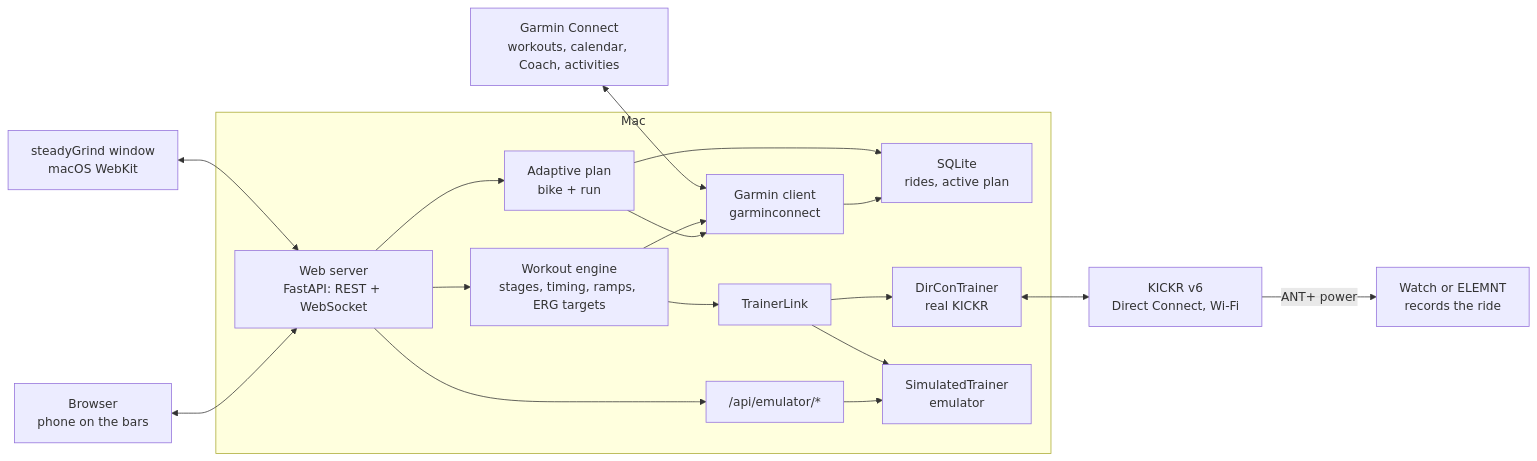
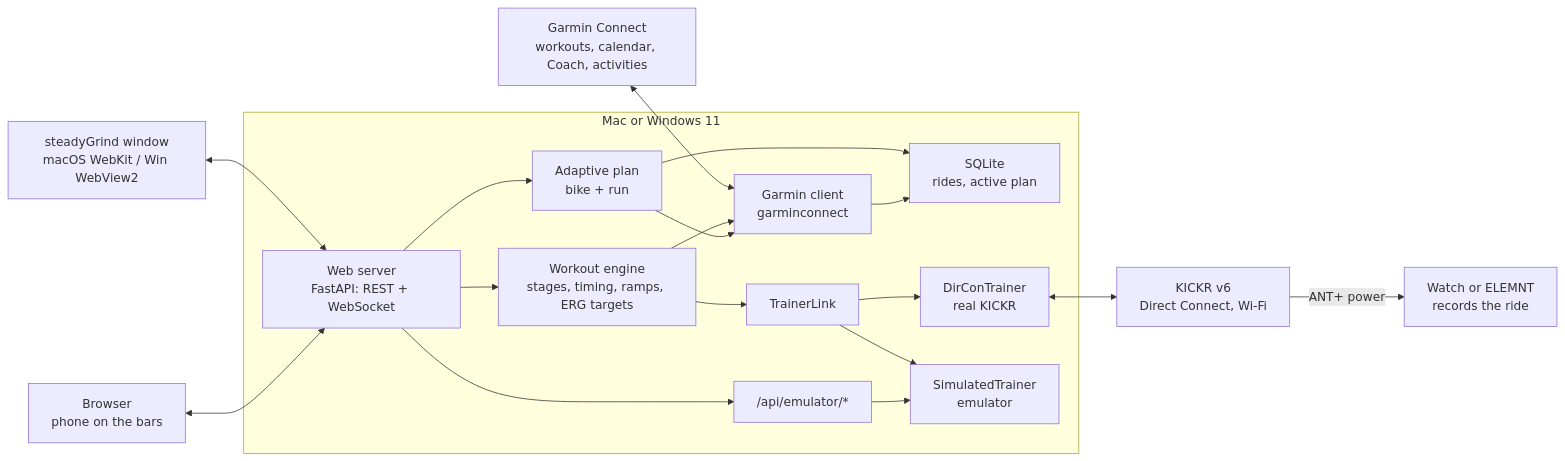
One commit to attilameget/HomeWlanTrainer changed the first of 2 diagrams in specification/SPEC.md. Above: the diagram before and after it, drawn with Mermaid. The commit also changed other lines of this file and 31 other files, not shown here.

First line of the commit message:
Add Windows 11 tray agent, WebView2 UI, and portable zip packaging.

````diff
--- a/specification/SPEC.md
+++ b/specification/SPEC.md
@@ -72,21 +72,21 @@
 ```mermaid
 flowchart LR
-    MacWin["steadyGrind window<br/>macOS WebKit"] <--> Web
+    DeskWin["steadyGrind window<br/>macOS WebKit / Win WebView2"] <--> Web
     Browser["Browser<br/>phone on the bars"] <--> Web
     GC["Garmin Connect<br/>workouts, calendar, Coach, activities"] <--> Garmin
-    subgraph Host["Mac"]
+    subgraph Host["Mac or Windows 11"]
         Web["Web server<br/>FastAPI: REST + WebSocket"] --> Engine["Workout engine<br/>stages, timing, ramps, ERG targets"]
         Web --> Plan["Adaptive plan<br/>bike + run"]
         Engine --> Garmin["Garmin client<br/>garminconnect"]
         Plan --> Garmin
         Plan --> DB
         Engine --> Link["TrainerLink"]
         Link --> DirCon["DirConTrainer<br/>real KICKR"]
         Link --> Emu["SimulatedTrainer<br/>emulator"]
         Web --> EmuAPI["/api/emulator/*"]
         EmuAPI --> Emu
         Garmin --> DB["SQLite<br/>rides, active plan"]
     end
     DirCon <--> KICKR["KICKR v6<br/>Direct Connect, Wi-Fi"]
     KICKR -- "ANT+ power" --> Watch["Watch or ELEMNT<br/>records the ride"]
 ```
````
